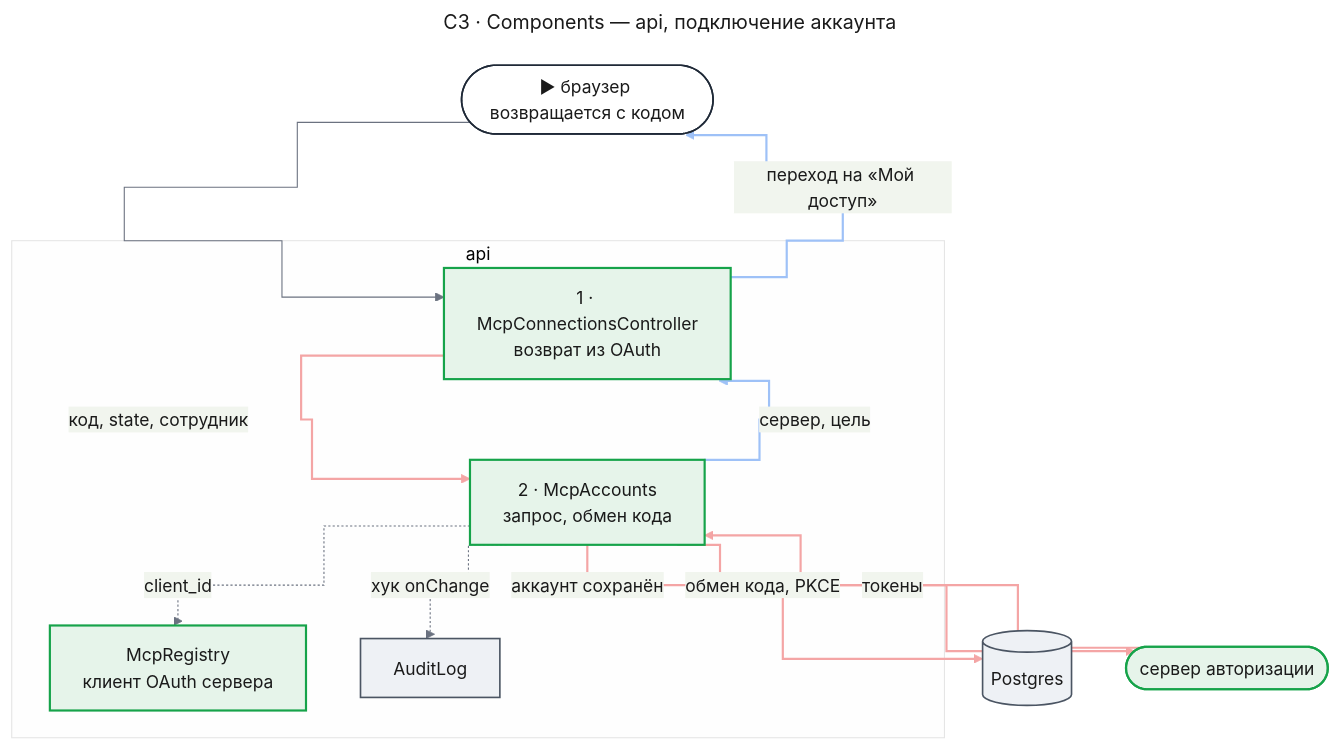
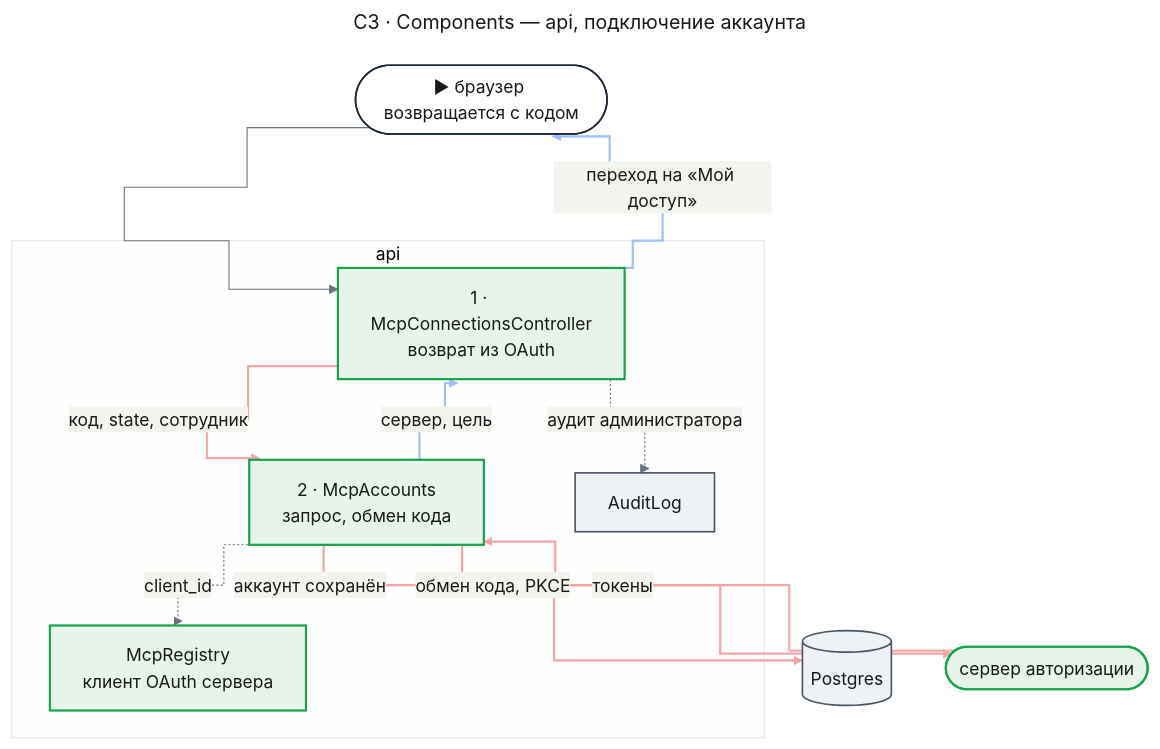
Before and after one commit to tundraray/agent-os: the fourth of 9 diagrams in docs/features/enterprise-access/design-mcp-connect.md, drawn with Mermaid. The commit also changed other lines of this file and 3 other files, not shown here.

````diff
--- a/docs/features/enterprise-access/design-mcp-connect.md
+++ b/docs/features/enterprise-access/design-mcp-connect.md
@@ -364,57 +362,57 @@
 ```mermaid
 ---
 title: "C3 · Components — api, подключение аккаунта"
 config:
   theme: base
   look: classic
   themeVariables:
     primaryColor: "#eef1f5"
     primaryBorderColor: "#4b5563"
     primaryTextColor: "#1a1a1a"
     lineColor: "#6b7280"
   flowchart:
     curve: step
   themeCSS: |
     @keyframes lit_mc3b{0%,15%{stroke:#991b1b;stroke-width:6px}16.67%,100%{stroke:#f4a5a5;stroke-width:2px}}
     @keyframes litr_mc3b{0%,15%{stroke:#1d4ed8;stroke-width:6px}16.67%,100%{stroke:#9ec1f7;stroke-width:2px}}
 ---
 flowchart TB
     entry(["▶ браузер возвращается с кодом"])
     subgraph api["api"]
         ctl["1 · McpConnectionsController<br/>возврат из OAuth"]
         acc["2 · McpAccounts<br/>запрос, обмен кода"]
         reg["McpRegistry<br/>клиент OAuth сервера"]
         audit["AuditLog"]
     end
     db[("Postgres")]
     authz(["сервер авторизации"])
     entry --> ctl
     ctl e1@-->|"код, state, сотрудник"| acc
     acc e2@-->|"обмен кода, PKCE"| authz
     authz e3@-->|"токены"| acc
     acc e4@-->|"аккаунт сохранён"| db
     acc e5@-->|"сервер, цель"| ctl
     ctl e6@-->|"переход на «Мой доступ»"| entry
     acc -.->|"client_id"| reg
-    acc -.->|"хук onChange"| audit
+    ctl -.->|"аудит администратора"| audit
     classDef entry fill:#ffffff,stroke:#1f2937,stroke-width:1.5px,color:#1a1a1a
     classDef changed fill:#fde8e8,stroke:#dc2626,stroke-width:2px,color:#1a1a1a
     classDef new fill:#e6f4ea,stroke:#16a34a,stroke-width:2px,color:#1a1a1a
     classDef unchanged fill:#eef1f5,stroke:#4b5563,stroke-width:1.5px,color:#1a1a1a
     classDef w1 stroke:#f4a5a5,stroke-width:2px,animation:lit_mc3b 7.2s linear 0s infinite
     classDef w2 stroke:#f4a5a5,stroke-width:2px,animation:lit_mc3b 7.2s linear 1.2s infinite
     classDef w3 stroke:#f4a5a5,stroke-width:2px,animation:lit_mc3b 7.2s linear 2.4s infinite
     classDef w4 stroke:#f4a5a5,stroke-width:2px,animation:lit_mc3b 7.2s linear 3.6s infinite
     classDef r1 stroke:#9ec1f7,stroke-width:2px,animation:litr_mc3b 7.2s linear 4.8s infinite
     classDef r2 stroke:#9ec1f7,stroke-width:2px,animation:litr_mc3b 7.2s linear 6s infinite
     class entry entry
     class ctl,acc,reg new
     class audit,db unchanged
     class authz new
     class e1 w1
     class e2 w2
     class e3 w3
     class e4 w4
     class e5 r1
     class e6 r2
 ```
````
